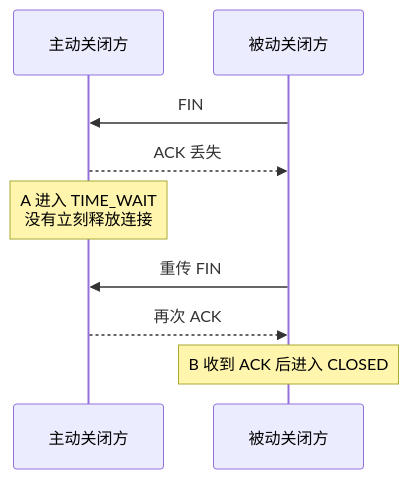
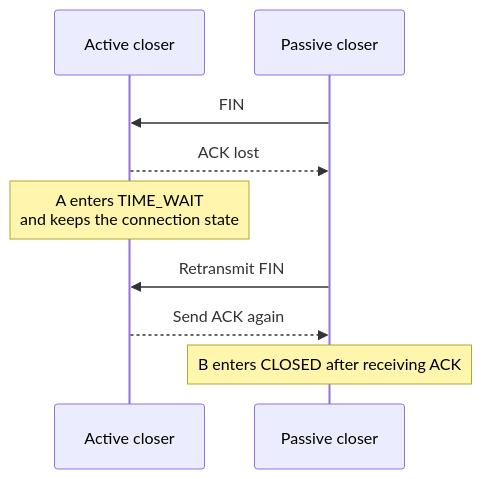
The diagram in docs/cs-basics/network/tcp-time-wait.md (m3h3d1/JavaGuideEn), drawn with Mermaid before and after one commit. The commit also changed other lines of this file and 71 other files, not shown here.

````diff
--- a/docs/cs-basics/network/tcp-time-wait.md
+++ b/docs/cs-basics/network/tcp-time-wait.md
@@ -40,12 +40,12 @@
 ```mermaid
 sequenceDiagram
-  participant A as 主动关闭方
-  participant B as 被动关闭方
+  participant A as Active closer
+  participant B as Passive closer
 
   B->>A: FIN
-  A-->>B: ACK 丢失
-  Note over A: A 进入 TIME_WAIT<br/>没有立刻释放连接
-  B->>A: 重传 FIN
-  A-->>B: 再次 ACK
-  Note over B: B 收到 ACK 后进入 CLOSED
+  A-->>B: ACK lost
+  Note over A: A enters TIME_WAIT<br/>and keeps the connection state
+  B->>A: Retransmit FIN
+  A-->>B: Send ACK again
+  Note over B: B enters CLOSED after receiving ACK
 ```
````
